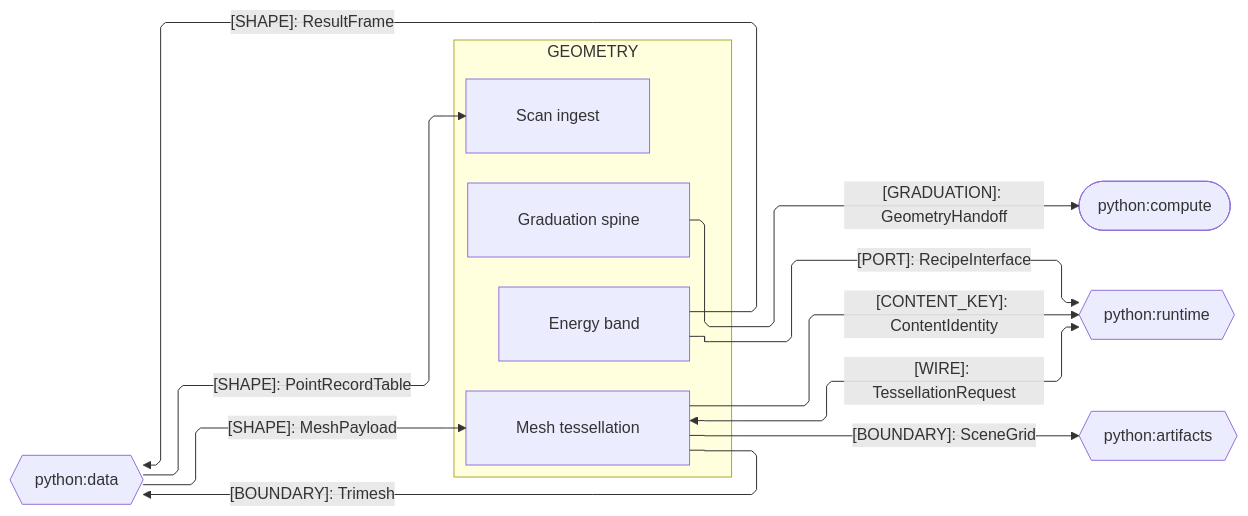
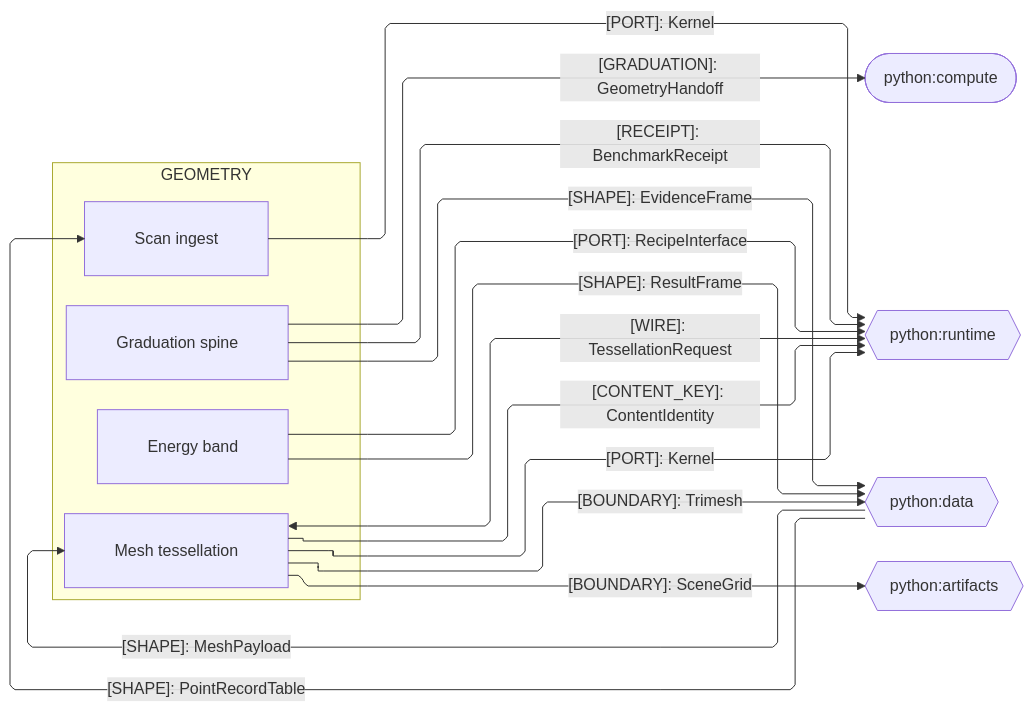
The second of 3 diagrams in libs/python/geometry/ARCHITECTURE.md (bsamiee/Rasm), drawn with Mermaid before and after one commit. The commit also changed other lines of this file and 195 other files, not shown here.

````diff
--- a/libs/python/geometry/ARCHITECTURE.md
+++ b/libs/python/geometry/ARCHITECTURE.md
@@ -74,31 +74,35 @@
 ```mermaid
 ---
 config:
   layout: elk
   flowchart:
     curve: linear
     padding: 25
 ---
 flowchart LR
     accTitle: Geometry Python sibling seams
-    accDescr: Geometry sub-domain owners exchanging graduation receipts, tessellation registry rows, mesh payloads, point records, a recipe port, and result frames with the Python compute, runtime, data, and artifacts siblings, one labeled edge per contract family.
+    accDescr: Geometry sub-domain owners exchanging graduation receipts, tessellation registry rows, mesh payloads, point records, a recipe port, benchmark receipts, HOSTILE kernel crossings, and result frames with the Python compute, runtime, data, and artifacts siblings, one labeled edge per contract family.
     subgraph geometry[GEOMETRY]
         Graduation[Graduation spine]
         Mesh[Mesh tessellation]
         Scan[Scan ingest]
         Energy[Energy band]
     end
     Compute([python:compute])
     Runtime{{python:runtime}}
     Data{{python:data}}
     Artifacts{{python:artifacts}}
     Graduation e1@-->|"[GRADUATION]: GeometryHandoff"| Compute
+    Graduation e10@-->|"[SHAPE]: EvidenceFrame"| Data
     Mesh e2@<-->|"[WIRE]: TessellationRequest"| Runtime
     Mesh e3@-->|"[CONTENT_KEY]: ContentIdentity"| Runtime
     Data e4@-->|"[SHAPE]: MeshPayload"| Mesh
     Mesh e5@-->|"[BOUNDARY]: Trimesh"| Data
     Mesh e6@-->|"[BOUNDARY]: SceneGrid"| Artifacts
     Data e7@-->|"[SHAPE]: PointRecordTable"| Scan
     Energy e8@-->|"[PORT]: RecipeInterface"| Runtime
     Energy e9@-->|"[SHAPE]: ResultFrame"| Data
+    Graduation e11@-->|"[RECEIPT]: BenchmarkReceipt"| Runtime
+    Mesh e12@-->|"[PORT]: Kernel"| Runtime
+    Scan e13@-->|"[PORT]: Kernel"| Runtime
 ```
````
